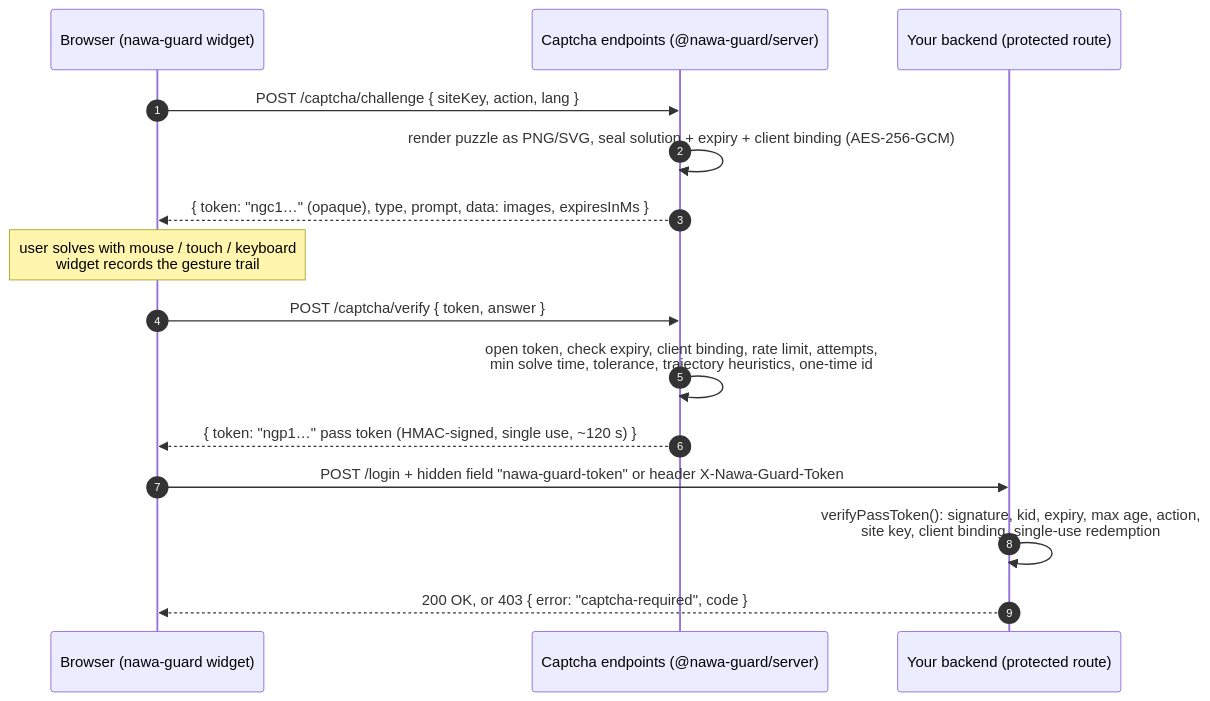
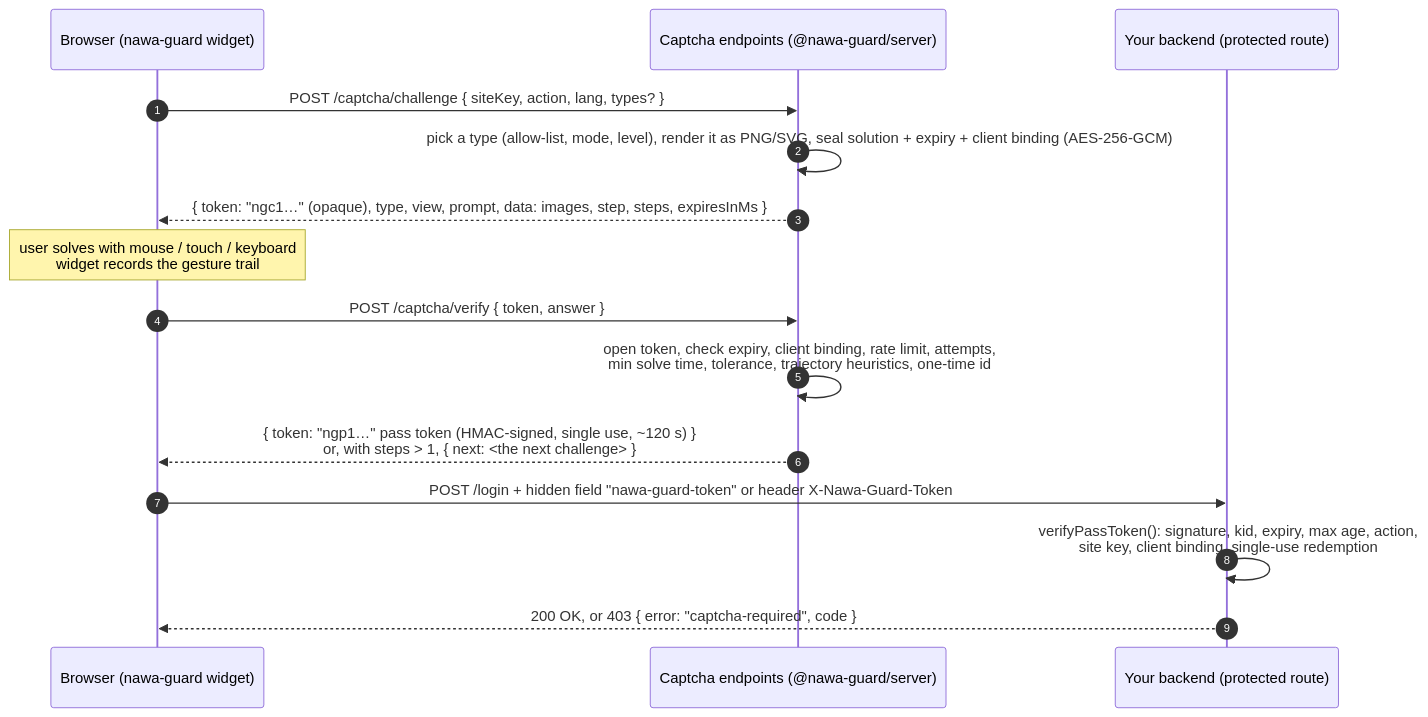
Before and after one commit to oriebalzyuot96/nawa-captcha: the diagram in README.md, drawn with Mermaid. The commit also changed other lines of this file and 106 other files, not shown here.

Commit message:
Nawa Guard v2: 37 puzzle types, selectable puzzle policies with multi-step, browser demo playground, StackBlitz demo

````diff
--- a/README.md
+++ b/README.md
@@ -47,17 +167,17 @@
 ```mermaid
 sequenceDiagram
     autonumber
     participant B as Browser (nawa-guard widget)
     participant C as Captcha endpoints (@nawa-guard/server)
     participant A as Your backend (protected route)
-    B->>C: POST /captcha/challenge { siteKey, action, lang }
-    C->>C: render puzzle as PNG/SVG, seal solution + expiry + client binding (AES-256-GCM)
-    C-->>B: { token: "ngc1…" (opaque), type, prompt, data: images, expiresInMs }
+    B->>C: POST /captcha/challenge { siteKey, action, lang, types? }
+    C->>C: pick a type (allow-list, mode, level), render it as PNG/SVG, seal solution + expiry + client binding (AES-256-GCM)
+    C-->>B: { token: "ngc1…" (opaque), type, view, prompt, data: images, step, steps, expiresInMs }
     Note over B: user solves with mouse / touch / keyboard<br/>widget records the gesture trail
     B->>C: POST /captcha/verify { token, answer }
     C->>C: open token, check expiry, client binding, rate limit, attempts,<br/>min solve time, tolerance, trajectory heuristics, one-time id
-    C-->>B: { token: "ngp1…" pass token (HMAC-signed, single use, ~120 s) }
+    C-->>B: { token: "ngp1…" pass token (HMAC-signed, single use, ~120 s) }<br/>or, with steps > 1, { next: <the next challenge> }
     B->>A: POST /login + hidden field "nawa-guard-token" or header X-Nawa-Guard-Token
     A->>A: verifyPassToken(): signature, kid, expiry, max age, action,<br/>site key, client binding, single-use redemption
     A-->>B: 200 OK, or 403 { error: "captcha-required", code }
 ```
````
